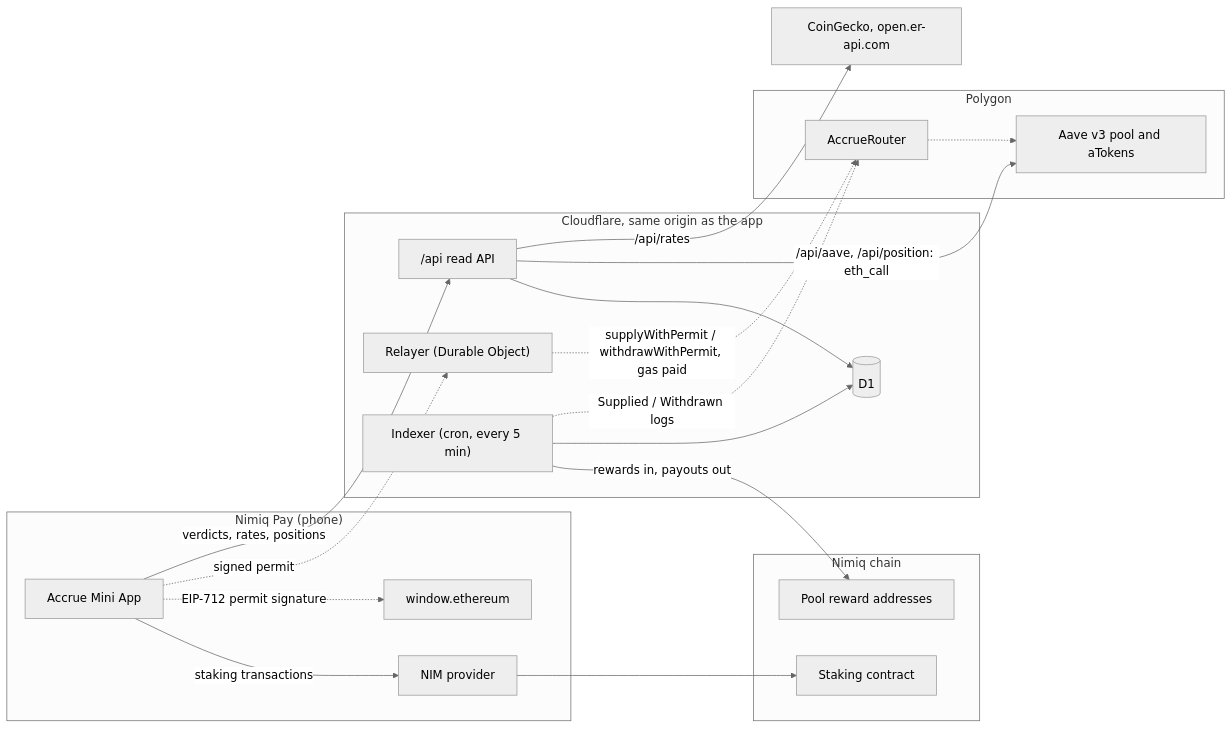
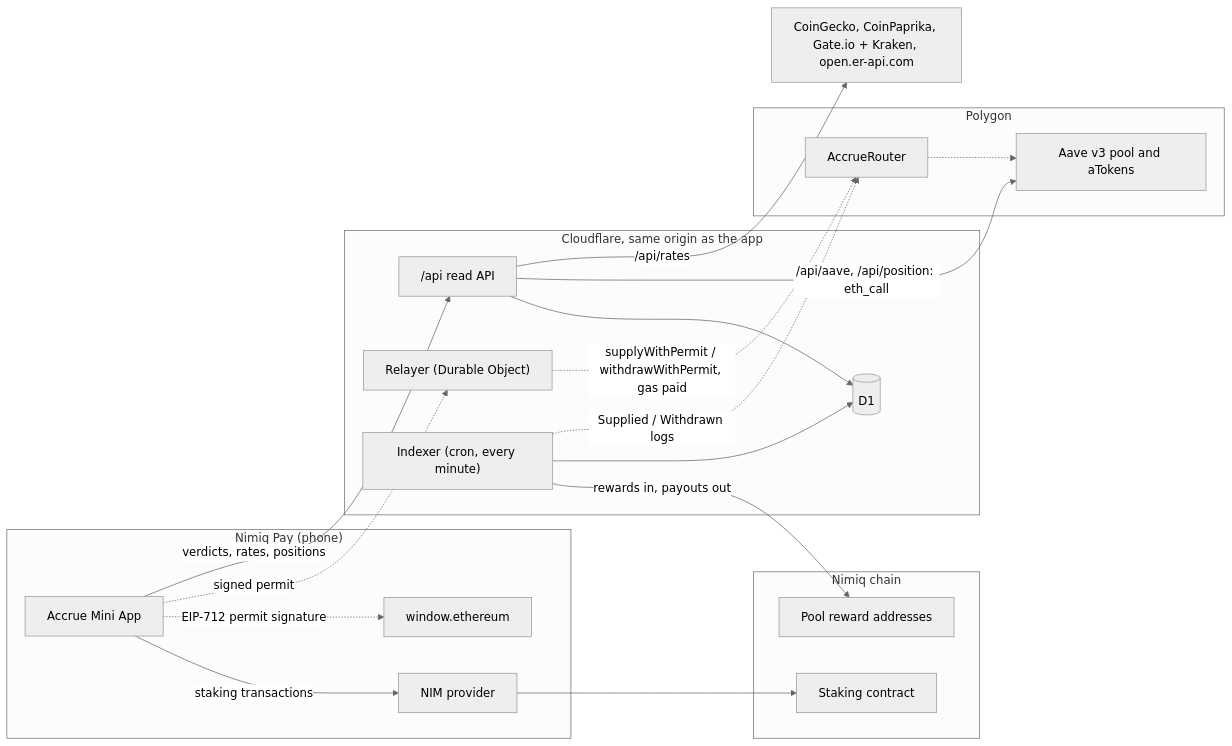
One commit to RaYYeR220/accrue changed the diagram in README.md. Above: the diagram before and after it, drawn with Mermaid (neutral theme). The commit also changed other lines of this file and 2 other files, not shown here.

Commit message:
docs: describe the new rates sources and the every-minute cron

````diff
--- a/README.md
+++ b/README.md
@@ -54,34 +54,34 @@
 ```mermaid
 flowchart LR
   subgraph pay["Nimiq Pay (phone)"]
     app["Accrue Mini App"]
     nimprov["NIM provider"]
     evmprov["window.ethereum"]
   end
   subgraph cf["Cloudflare, same origin as the app"]
     api["/api read API"]
     relay["Relayer (Durable Object)"]
-    idx["Indexer (cron, every 5 min)"]
+    idx["Indexer (cron, every minute)"]
     db[("D1")]
   end
   subgraph nimiq["Nimiq chain"]
     staking["Staking contract"]
     pools["Pool reward addresses"]
   end
   subgraph polygon["Polygon"]
     router["AccrueRouter"]
     aave["Aave v3 pool and aTokens"]
   end
-  fx["CoinGecko, open.er-api.com"]
+  fx["CoinGecko, CoinPaprika, Gate.io + Kraken, open.er-api.com"]
   app -->|"staking transactions"| nimprov --> staking
   app -.->|"EIP-712 permit signature"| evmprov
   app -.->|"signed permit"| relay
   relay -.->|"supplyWithPermit / withdrawWithPermit, gas paid"| router
   router -.-> aave
   app -->|"verdicts, rates, positions"| api --> db
   api -->|"/api/aave, /api/position: eth_call"| aave
   api -->|"/api/rates"| fx
   idx -->|"rewards in, payouts out"| pools
   idx --> db
   idx -.->|"Supplied / Withdrawn logs"| router
 ```
````
